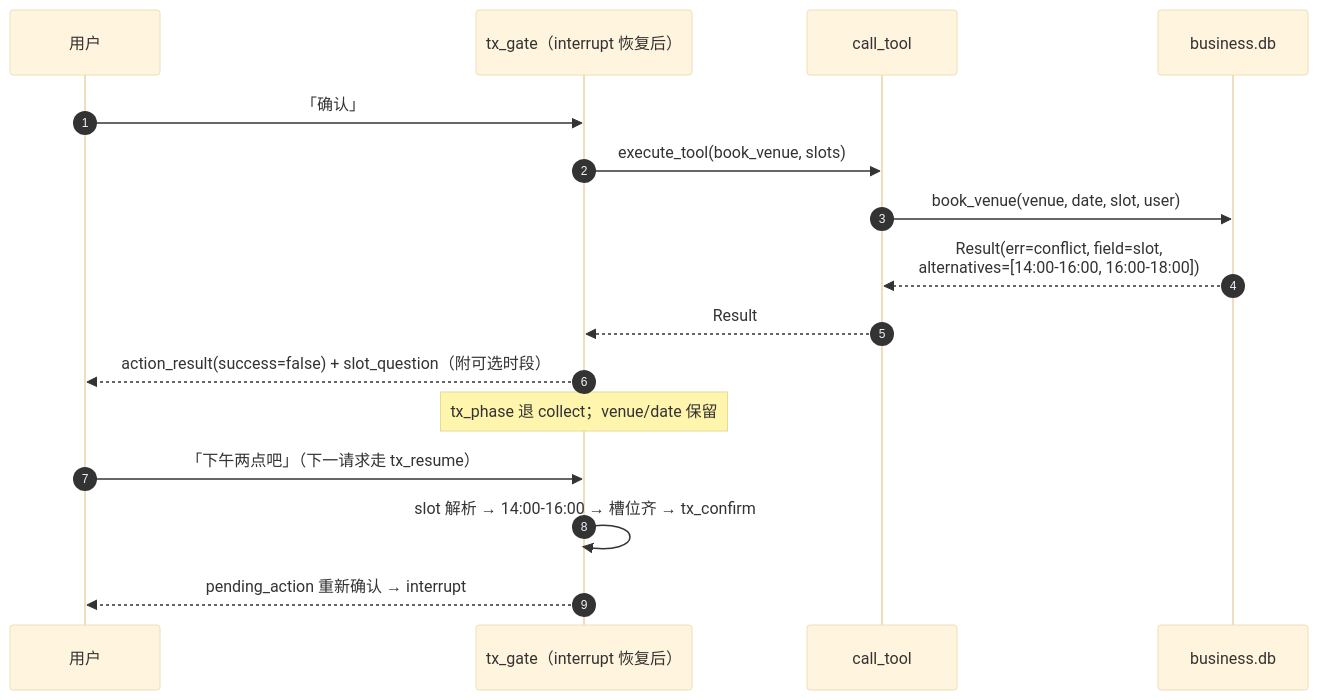
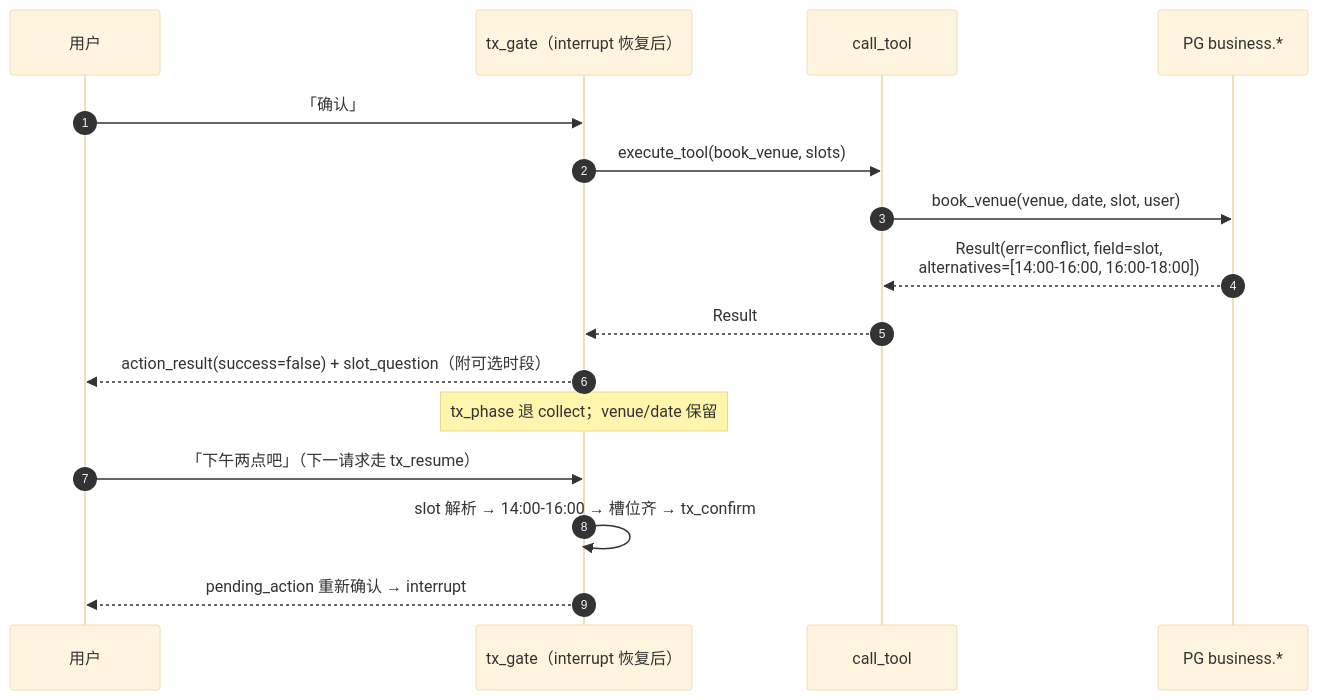
Before and after one commit to Thekshy/gewu: the second of 2 diagrams in docs/architecture/06-transaction.md, drawn with Mermaid (base theme). The commit also changed other lines of this file and 18 other files, not shown here.

````diff
--- a/docs/architecture/06-transaction.md
+++ b/docs/architecture/06-transaction.md
@@ -96,19 +96,19 @@
 ```mermaid
 sequenceDiagram
     autonumber
     participant U as 用户
     participant G as tx_gate（interrupt 恢复后）
     participant T as call_tool
-    participant B as business.db
+    participant B as PG business.*
 
     U->>G: 「确认」
     G->>T: execute_tool(book_venue, slots)
     T->>B: book_venue(venue, date, slot, user)
     B-->>T: Result(err=conflict, field=slot,<br/>alternatives=[14:00-16:00, 16:00-18:00])
     T-->>G: Result
     G-->>U: action_result(success=false) + slot_question（附可选时段）
     Note over G: tx_phase 退 collect；venue/date 保留
     U->>G: 「下午两点吧」（下一请求走 tx_resume）
     G->>G: slot 解析 → 14:00-16:00 → 槽位齐 → tx_confirm
     G-->>U: pending_action 重新确认 → interrupt
 ```
````
